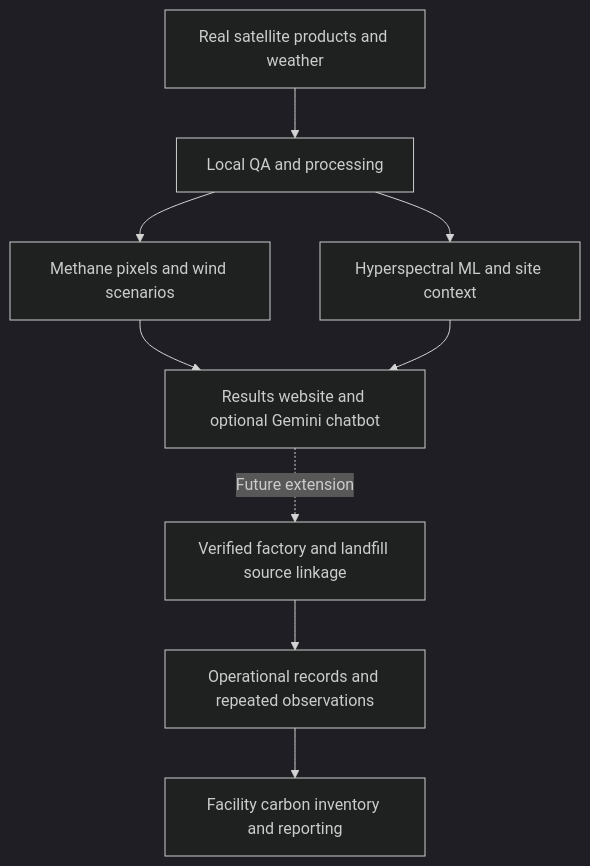
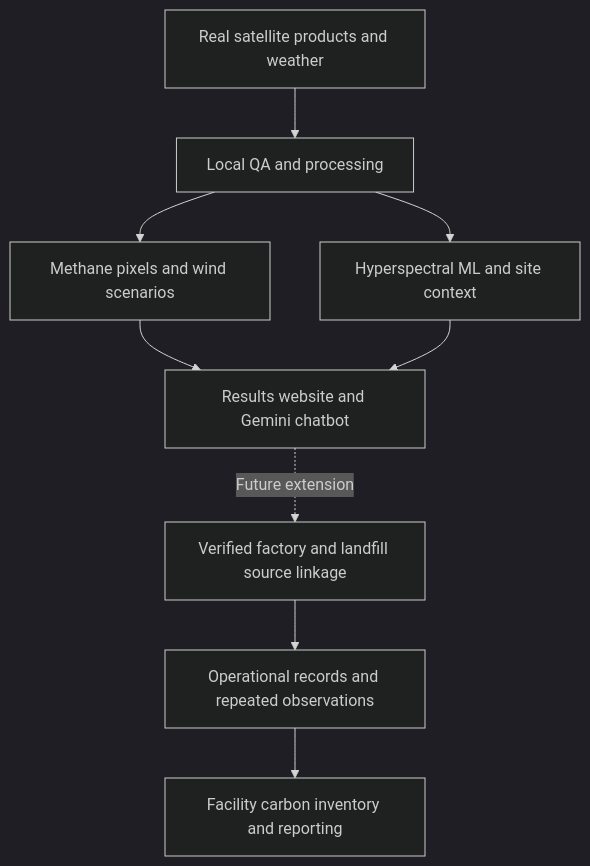
The diagram in README.md (zina-cs/EcoOrbit), drawn with Mermaid (dark theme) before and after one commit. The commit also changed other lines of this file, not shown here.

````diff
--- a/README.md
+++ b/README.md
@@ -11,11 +11,11 @@
 ```mermaid
 flowchart TD
   A[Real satellite products and weather] --> B[Local QA and processing]
   B --> C[Methane pixels and wind scenarios]
   B --> D[Hyperspectral ML and site context]
-  C --> E[Results website and optional Gemini chatbot]
+  C --> E[Results website and Gemini chatbot]
   D --> E
   E -. Future extension .-> F[Verified factory and landfill source linkage]
   F --> G[Operational records and repeated observations]
   G --> H[Facility carbon inventory and reporting]
 ```
````
